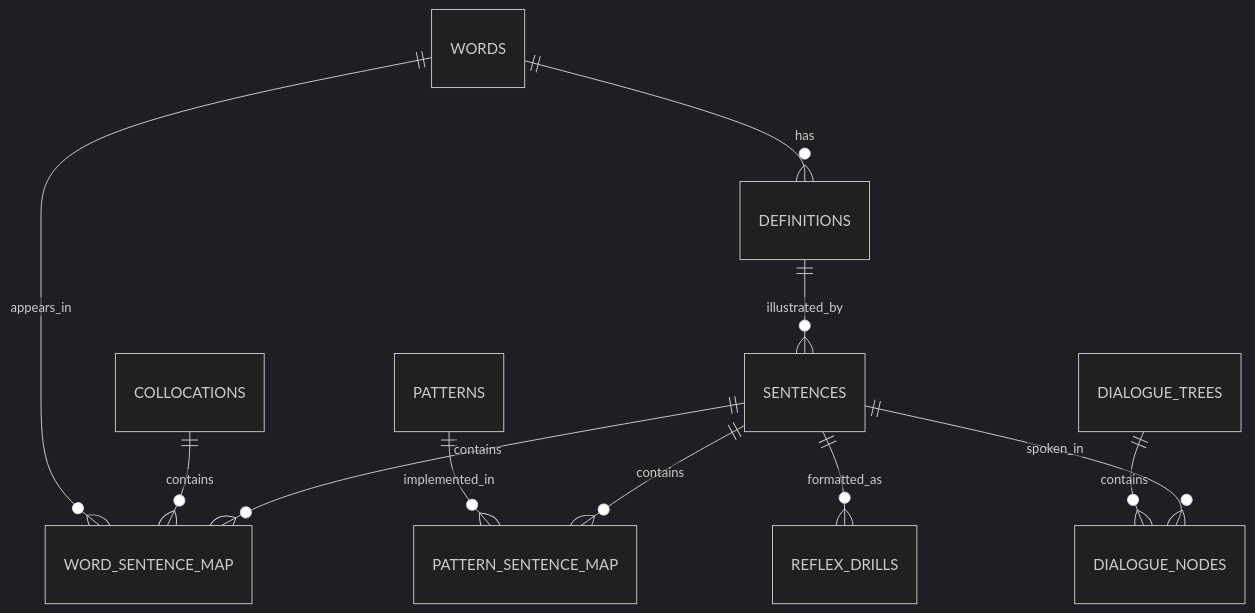
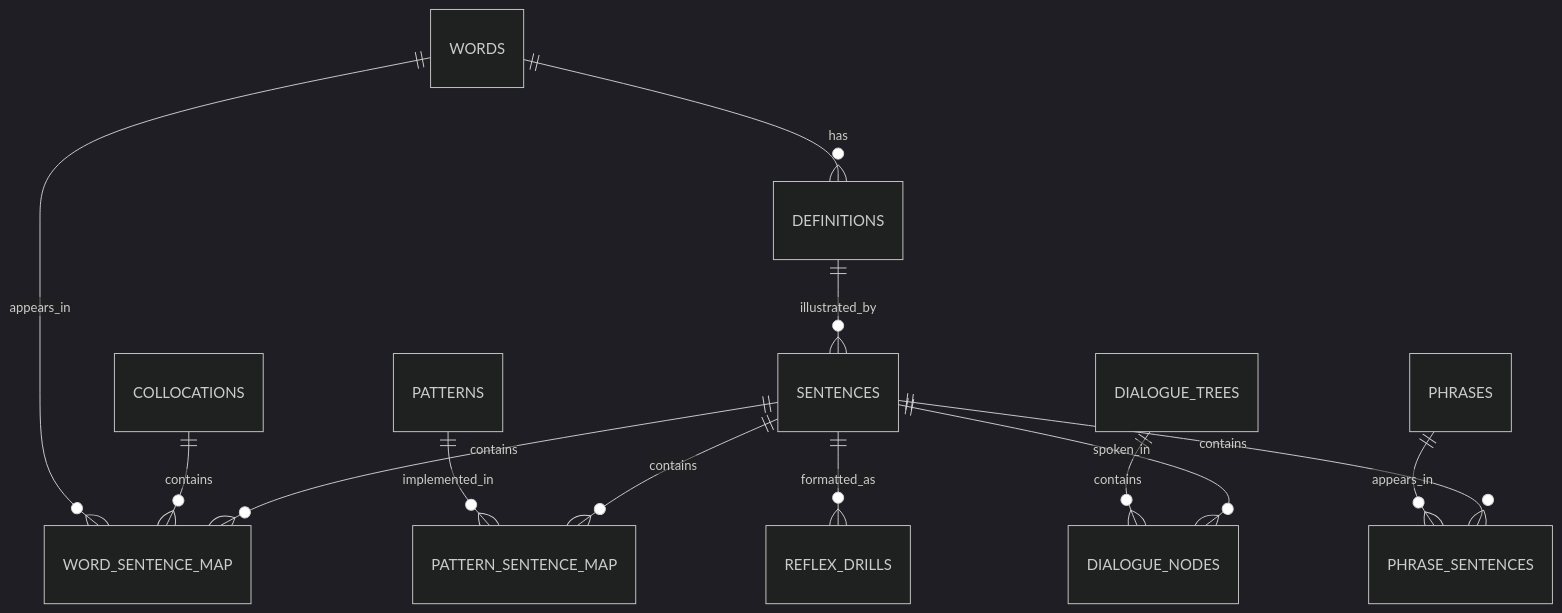
The diagram in docs/dataset_system_architecture.md (hoojinguyen/vocab-craft-engine), drawn with Mermaid (dark theme) before and after one commit. The commit also changed other lines of this file and 1 other file, not shown here.

````diff
--- a/docs/dataset_system_architecture.md
+++ b/docs/dataset_system_architecture.md
@@ -25,13 +25,15 @@
 ```mermaid
 erDiagram
     WORDS ||--o{ DEFINITIONS : has
     WORDS ||--o{ WORD_SENTENCE_MAP : appears_in
     COLLOCATIONS ||--o{ WORD_SENTENCE_MAP : contains
     DEFINITIONS ||--o{ SENTENCES : illustrated_by
     PATTERNS ||--o{ PATTERN_SENTENCE_MAP : implemented_in
     SENTENCES ||--o{ WORD_SENTENCE_MAP : contains
     SENTENCES ||--o{ PATTERN_SENTENCE_MAP : contains
     SENTENCES ||--o{ REFLEX_DRILLS : formatted_as
     DIALOGUE_TREES ||--o{ DIALOGUE_NODES : contains
     SENTENCES ||--o{ DIALOGUE_NODES : spoken_in
+    PHRASES ||--o{ PHRASE_SENTENCES : appears_in
+    SENTENCES ||--o{ PHRASE_SENTENCES : contains
 ```
````
